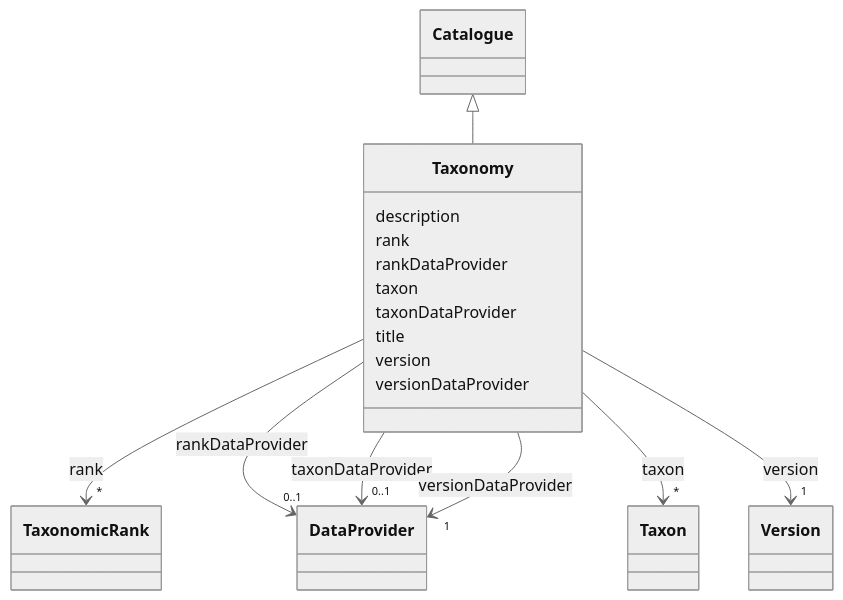
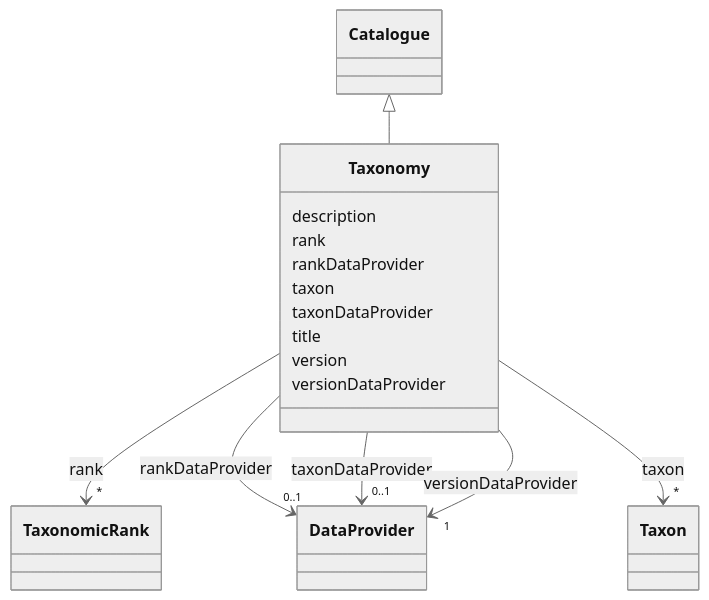
The diagram in models/docs/Taxonomy.md (EVORA-project/evora-ontology), drawn with Mermaid (neutral theme) before and after one commit. The commit also changed other lines of this file and 650 other files, not shown here.

````diff
--- a/models/docs/Taxonomy.md
+++ b/models/docs/Taxonomy.md
@@ -19,67 +19,60 @@
 ```mermaid
  classDiagram
     class Taxonomy
     click Taxonomy href "../Taxonomy"
       Catalogue <|-- Taxonomy
         click Catalogue href "../Catalogue"
       
       Taxonomy : description
         
       Taxonomy : rank
         
           
     
     
     Taxonomy --> "*" TaxonomicRank : rank
     click TaxonomicRank href "../TaxonomicRank"
 
         
       Taxonomy : rankDataProvider
         
           
     
     
     Taxonomy --> "0..1" DataProvider : rankDataProvider
     click DataProvider href "../DataProvider"
 
         
       Taxonomy : taxon
         
           
     
     
     Taxonomy --> "*" Taxon : taxon
     click Taxon href "../Taxon"
 
         
       Taxonomy : taxonDataProvider
         
           
     
     
     Taxonomy --> "0..1" DataProvider : taxonDataProvider
     click DataProvider href "../DataProvider"
 
         
       Taxonomy : title
         
       Taxonomy : version
         
-          
-    
-    
-    Taxonomy --> "1" Version : version
-    click Version href "../Version"
-
-        
       Taxonomy : versionDataProvider
         
           
     
     
     Taxonomy --> "1" DataProvider : versionDataProvider
     click DataProvider href "../DataProvider"
 
         
       
 ```
````
